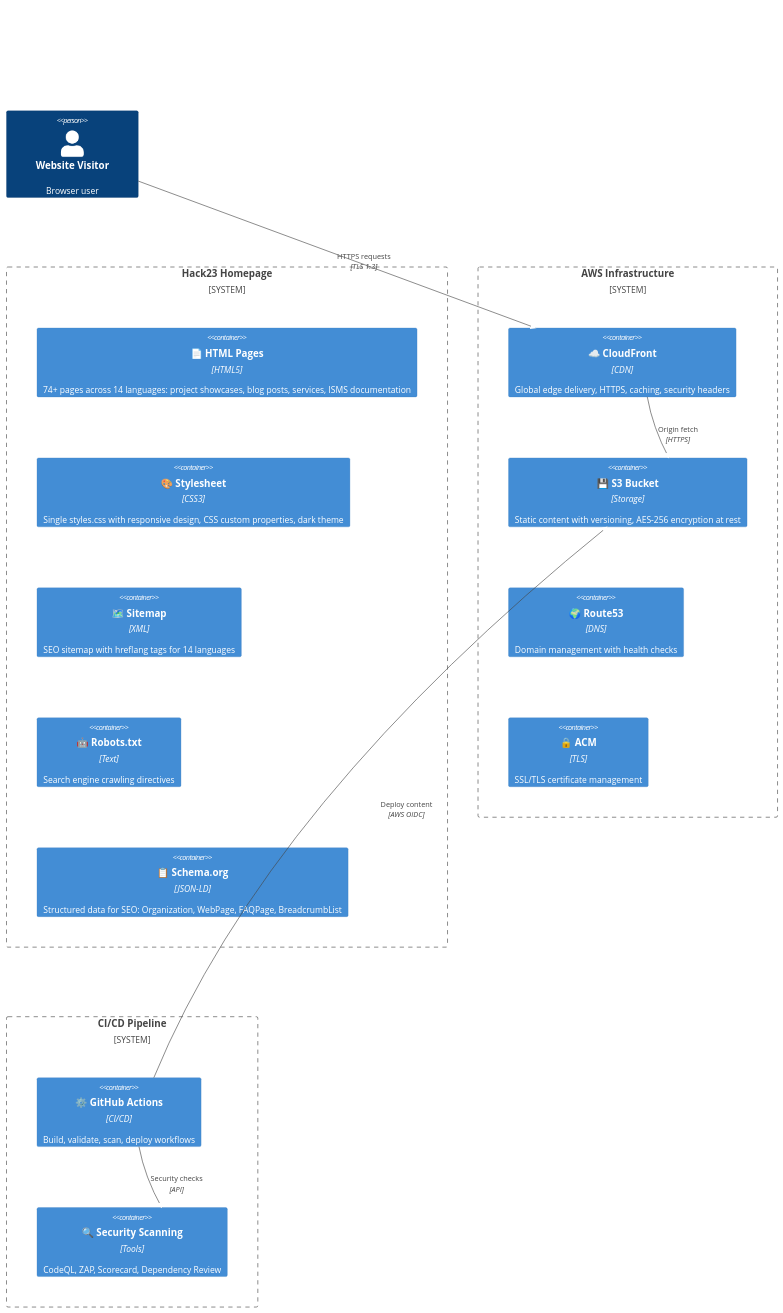
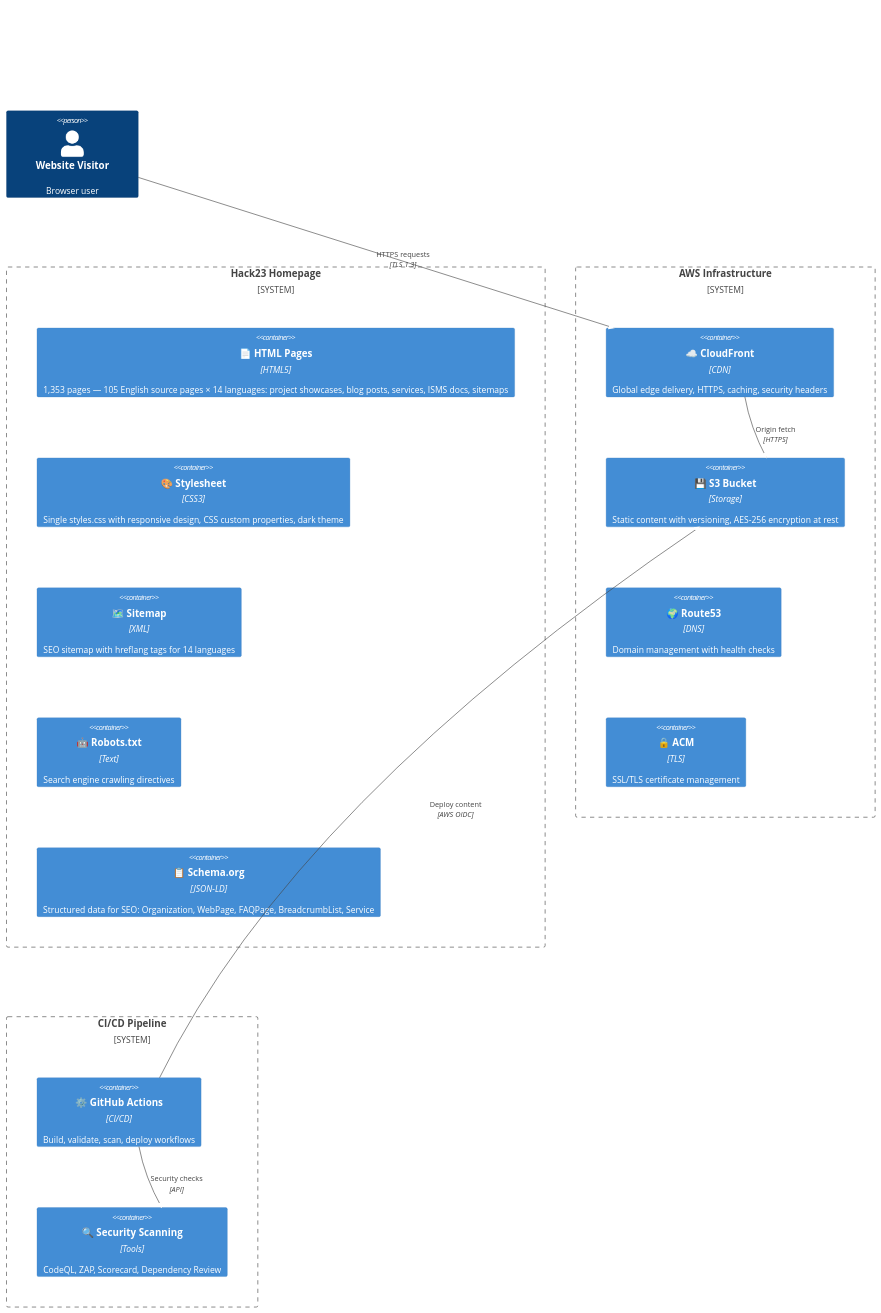
One commit to Hack23/homepage changed the second of 4 diagrams in ARCHITECTURE.md. Above: the diagram before and after it, drawn with Mermaid. The commit also changed other lines of this file and 2 other files, not shown here.

First line of the commit message:
docs: refresh ARCHITECTURE/WORKFLOWS, create End-of-Life-Strategy

````diff
--- a/ARCHITECTURE.md
+++ b/ARCHITECTURE.md
@@ -88,32 +92,32 @@
 ```mermaid
 %%{init: {"theme": "base", "themeVariables": {"primaryColor": "#2196F3", "primaryTextColor": "#ffffff", "lineColor": "#455A64", "secondaryColor": "#4CAF50", "tertiaryColor": "#FF9800", "primaryBorderColor": "#1565C0"}}}%%
 C4Container
     title Container View - Hack23 Homepage
 
     Person(visitor, "Website Visitor", "Browser user")
 
     System_Boundary(website, "Hack23 Homepage") {
-        Container(html, "📄 HTML Pages", "HTML5", "74+ pages across 14 languages: project showcases, blog posts, services, ISMS documentation")
+        Container(html, "📄 HTML Pages", "HTML5", "1,353 pages — 105 English source pages × 14 languages: project showcases, blog posts, services, ISMS docs, sitemaps")
         Container(css, "🎨 Stylesheet", "CSS3", "Single styles.css with responsive design, CSS custom properties, dark theme")
         Container(sitemap, "🗺️ Sitemap", "XML", "SEO sitemap with hreflang tags for 14 languages")
         Container(robots, "🤖 Robots.txt", "Text", "Search engine crawling directives")
-        Container(schema, "📋 Schema.org", "JSON-LD", "Structured data for SEO: Organization, WebPage, FAQPage, BreadcrumbList")
+        Container(schema, "📋 Schema.org", "JSON-LD", "Structured data for SEO: Organization, WebPage, FAQPage, BreadcrumbList, Service")
     }
 
     System_Boundary(infra, "AWS Infrastructure") {
         Container(cf, "☁️ CloudFront", "CDN", "Global edge delivery, HTTPS, caching, security headers")
         Container(s3bucket, "💾 S3 Bucket", "Storage", "Static content with versioning, AES-256 encryption at rest")
         Container(route53, "🌍 Route53", "DNS", "Domain management with health checks")
         Container(acm, "🔒 ACM", "TLS", "SSL/TLS certificate management")
     }
 
     System_Boundary(cicd, "CI/CD Pipeline") {
         Container(actions, "⚙️ GitHub Actions", "CI/CD", "Build, validate, scan, deploy workflows")
         Container(scanning, "🔍 Security Scanning", "Tools", "CodeQL, ZAP, Scorecard, Dependency Review")
     }
 
     Rel(visitor, cf, "HTTPS requests", "TLS 1.3")
     Rel(cf, s3bucket, "Origin fetch", "HTTPS")
     Rel(actions, s3bucket, "Deploy content", "AWS OIDC")
     Rel(actions, scanning, "Security checks", "API")
 ```
````
